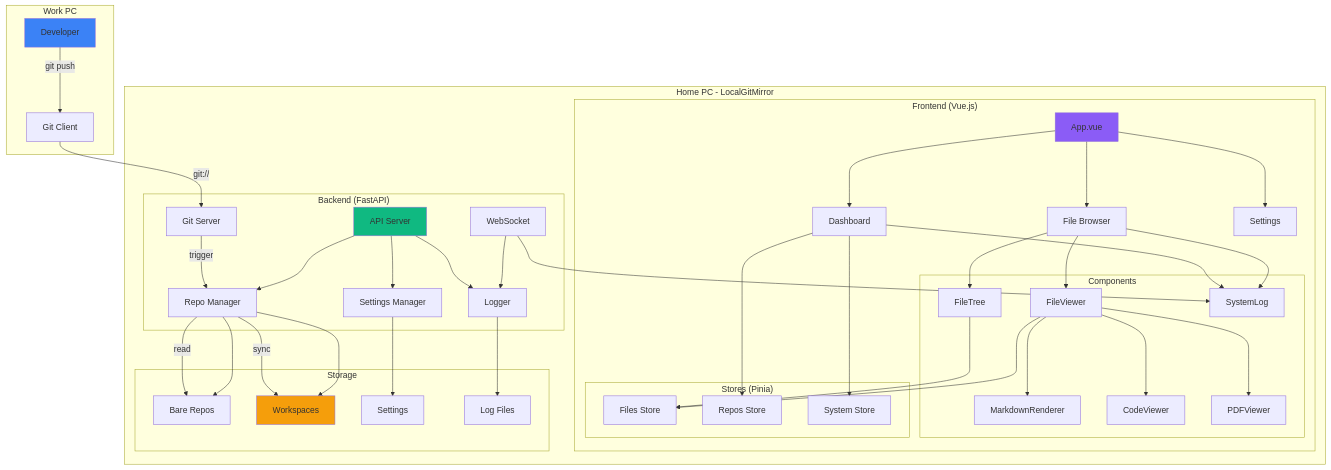
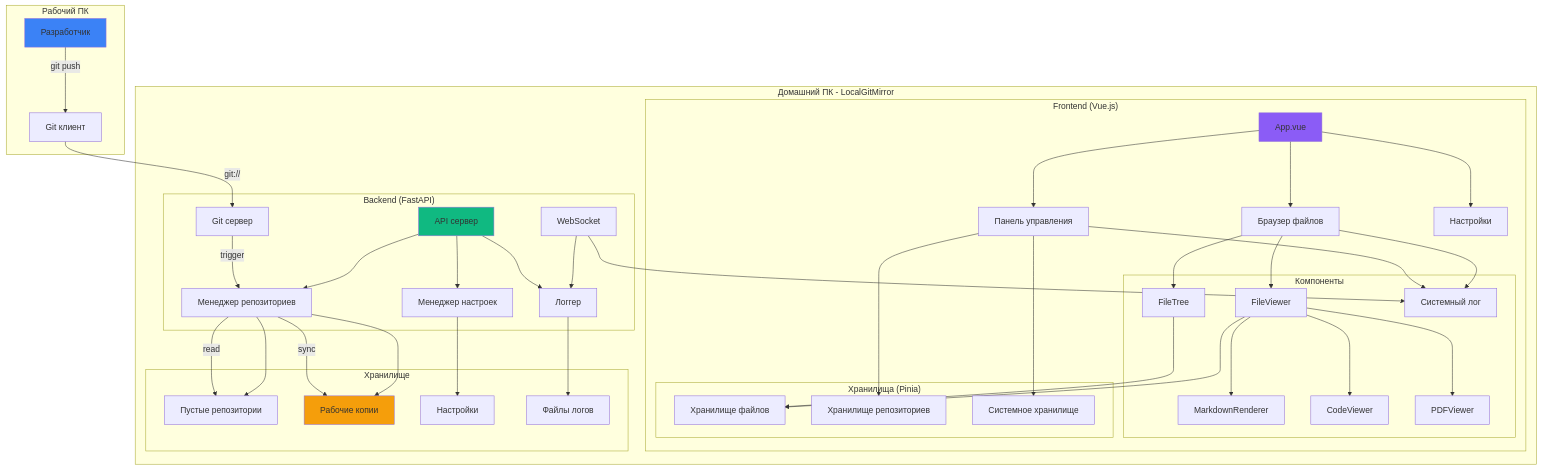
One commit to WhiteBite/LocalGitMirror changed the first of 5 diagrams in docs/ARCHITECTURE.md. Above: the diagram before and after it, drawn with Mermaid. The commit also changed other lines of this file and 132 other files, not shown here.

````diff
--- a/docs/ARCHITECTURE.md
+++ b/docs/ARCHITECTURE.md
@@ -5,47 +5,47 @@
 ```mermaid
 graph TB
-    subgraph "Work PC"
-        W[Developer]
-        WG[Git Client]
+    subgraph "Рабочий ПК"
+        W[Разработчик]
+        WG[Git клиент]
     end
     
-    subgraph "Home PC - LocalGitMirror"
+    subgraph "Домашний ПК - LocalGitMirror"
         subgraph "Backend (FastAPI)"
-            API[API Server]
-            GS[Git Server]
-            RM[Repo Manager]
+            API[API сервер]
+            GS[Git сервер]
+            RM[Менеджер репозиториев]
             WS[WebSocket]
-            SM[Settings Manager]
-            LOG[Logger]
+            SM[Менеджер настроек]
+            LOG[Логгер]
         end
         
         subgraph "Frontend (Vue.js)"
             APP[App.vue]
-            DASH[Dashboard]
-            FB[File Browser]
-            SET[Settings]
+            DASH[Панель управления]
+            FB[Браузер файлов]
+            SET[Настройки]
             
-            subgraph "Components"
+            subgraph "Компоненты"
                 FT[FileTree]
                 FV[FileViewer]
                 MD[MarkdownRenderer]
                 CV[CodeViewer]
                 PDF[PDFViewer]
-                SL[SystemLog]
+                SL[Системный лог]
             end
             
-            subgraph "Stores (Pinia)"
-                FS[Files Store]
-                RS[Repos Store]
-                SS[System Store]
+            subgraph "Хранилища (Pinia)"
+                FS[Хранилище файлов]
+                RS[Хранилище репозиториев]
+                SS[Системное хранилище]
             end
         end
         
-        subgraph "Storage"
-            BARE[Bare Repos]
-            WORK[Workspaces]
-            CONF[Settings]
-            LOGS[Log Files]
+        subgraph "Хранилище"
+            BARE[Пустые репозитории]
+            WORK[Рабочие копии]
+            CONF[Настройки]
+            LOGS[Файлы логов]
         end
     end
     
````
